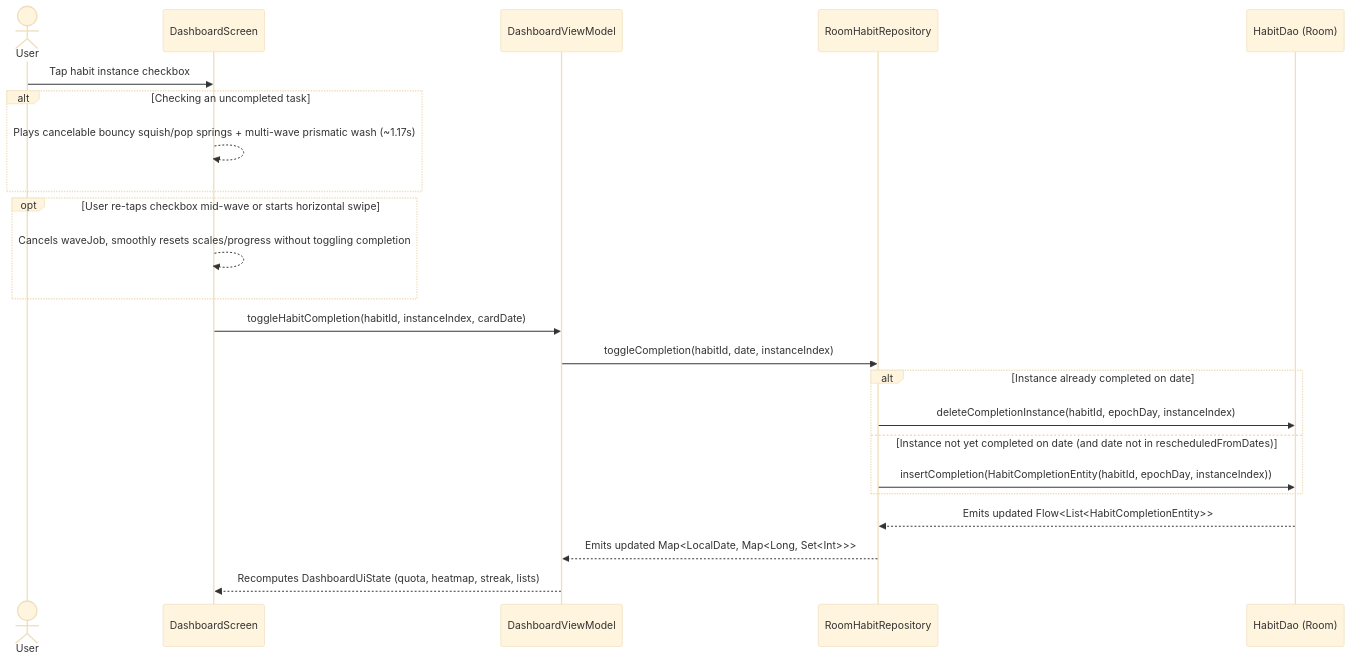
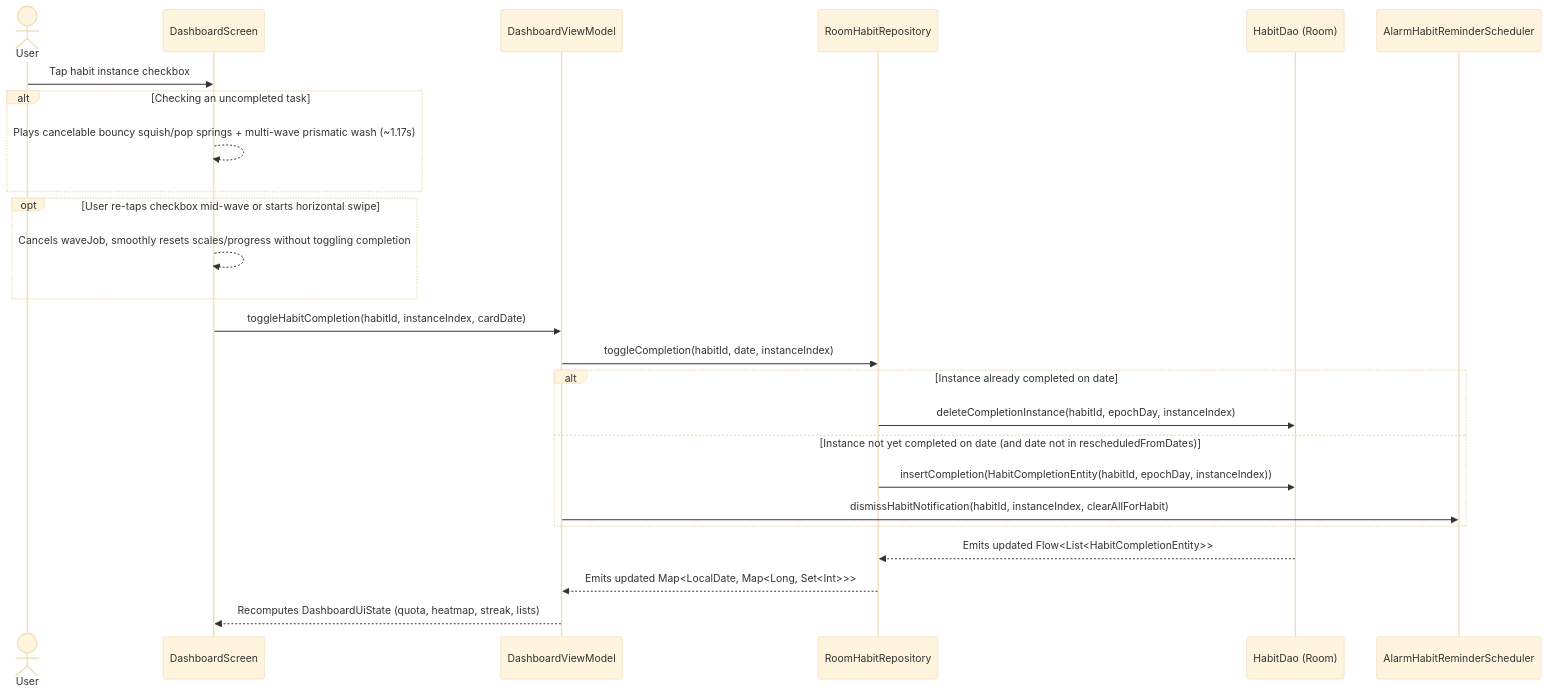
Before and after one commit to Vlad2000Andrei/rhythm: the fourth of 6 diagrams in docs/architecture.md, drawn with Mermaid (base theme). The commit also changed other lines of this file and 10 other files, not shown here.

````diff
--- a/docs/architecture.md
+++ b/docs/architecture.md
@@ -146,26 +146,28 @@
 ```mermaid
 sequenceDiagram
     actor User
     participant UI as DashboardScreen
     participant VM as DashboardViewModel
     participant Repo as RoomHabitRepository
     participant DAO as HabitDao (Room)
+    participant Sched as AlarmHabitReminderScheduler
 
     User->>UI: Tap habit instance checkbox
     alt Checking an uncompleted task
         UI-->>UI: Plays cancelable bouncy squish/pop springs + multi-wave prismatic wash (~1.17s)
     end
     opt User re-taps checkbox mid-wave or starts horizontal swipe
         UI-->>UI: Cancels waveJob, smoothly resets scales/progress without toggling completion
     end
     UI->>VM: toggleHabitCompletion(habitId, instanceIndex, cardDate)
     VM->>Repo: toggleCompletion(habitId, date, instanceIndex)
     alt Instance already completed on date
         Repo->>DAO: deleteCompletionInstance(habitId, epochDay, instanceIndex)
     else Instance not yet completed on date (and date not in rescheduledFromDates)
         Repo->>DAO: insertCompletion(HabitCompletionEntity(habitId, epochDay, instanceIndex))
+        VM->>Sched: dismissHabitNotification(habitId, instanceIndex, clearAllForHabit)
     end
     DAO-->>Repo: Emits updated Flow<List<HabitCompletionEntity>>
     Repo-->>VM: Emits updated Map<LocalDate, Map<Long, Set<Int>>>
     VM-->>UI: Recomputes DashboardUiState (quota, heatmap, streak, lists)
 ```
````
